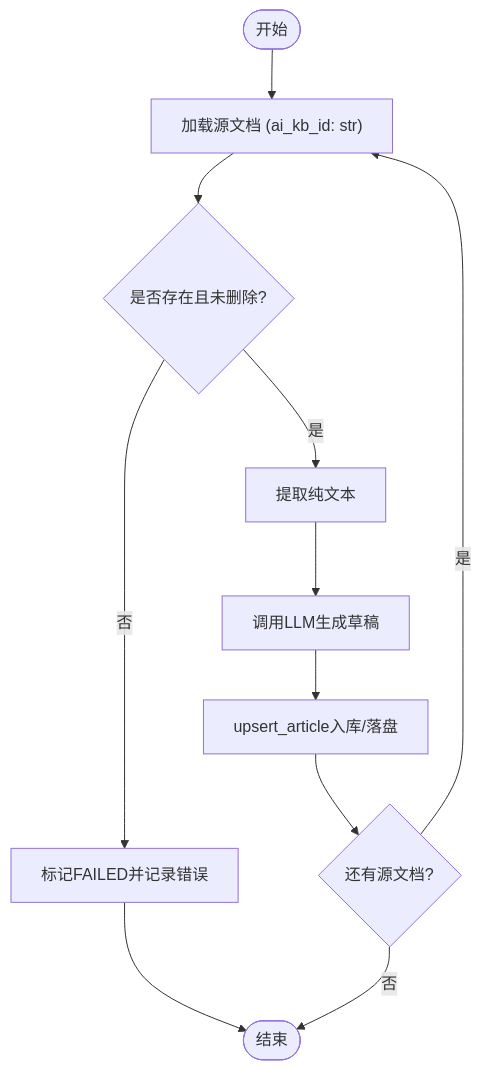
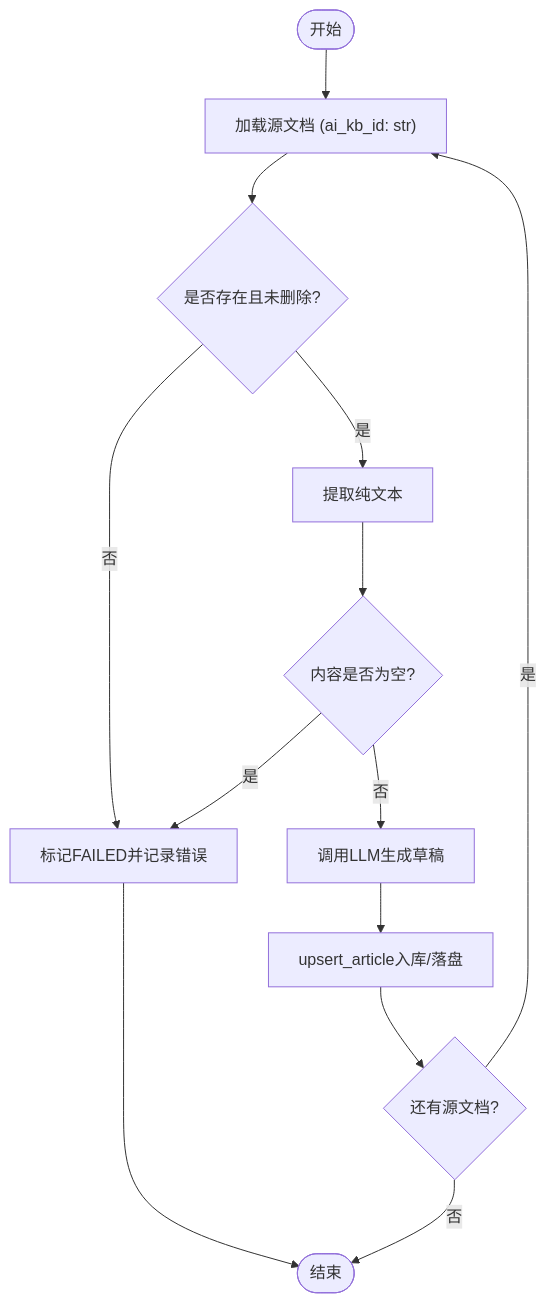
One commit to beyondalbert/my_wiki changed the fifth of 11 diagrams in .qoder/repowiki/zh/content/核心模块/AI知识库模块/AI知识库服务层.md. Above: the diagram before and after it, drawn with Mermaid. The commit also changed other lines of this file and 17 other files, not shown here.

````diff
--- a/.qoder/repowiki/zh/content/核心模块/AI知识库模块/AI知识库服务层.md
+++ b/.qoder/repowiki/zh/content/核心模块/AI知识库模块/AI知识库服务层.md
@@ -209,13 +218,15 @@
 ```mermaid
 flowchart TD
 Start(["开始"]) --> LoadSrc["加载源文档 (ai_kb_id: str)"]
 LoadSrc --> Exists{"是否存在且未删除?"}
 Exists -- 否 --> Fail["标记FAILED并记录错误"]
 Exists -- 是 --> Extract["提取纯文本"]
-Extract --> CallLLM["调用LLM生成草稿"]
+Extract --> CheckEmpty{"内容是否为空?"}
+CheckEmpty -- 是 --> Fail
+CheckEmpty -- 否 --> CallLLM["调用LLM生成草稿"]
 CallLLM --> Upsert["upsert_article入库/落盘"]
 Upsert --> Next{"还有源文档?"}
 Next -- 是 --> LoadSrc
 Next -- 否 --> Done(["结束"])
 Fail --> Done
 ```
````
